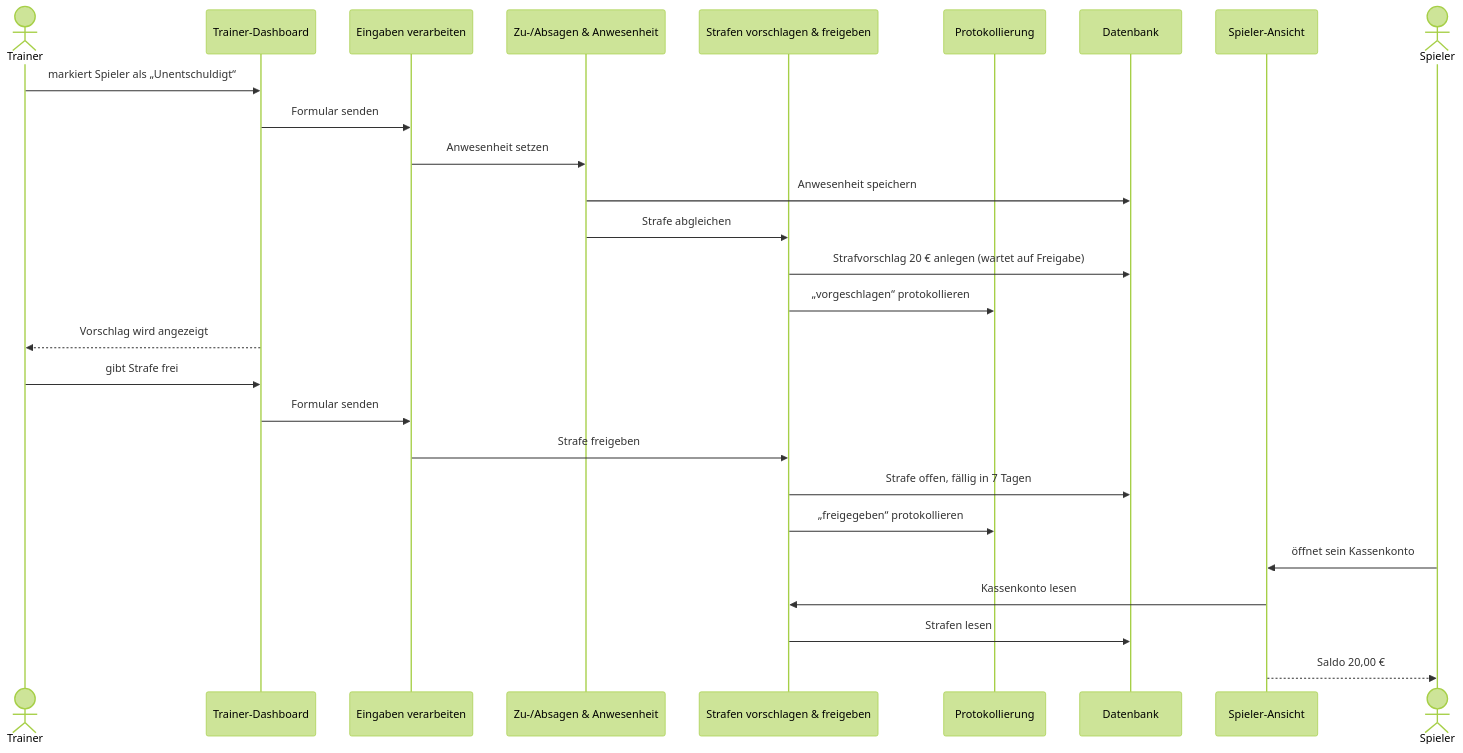
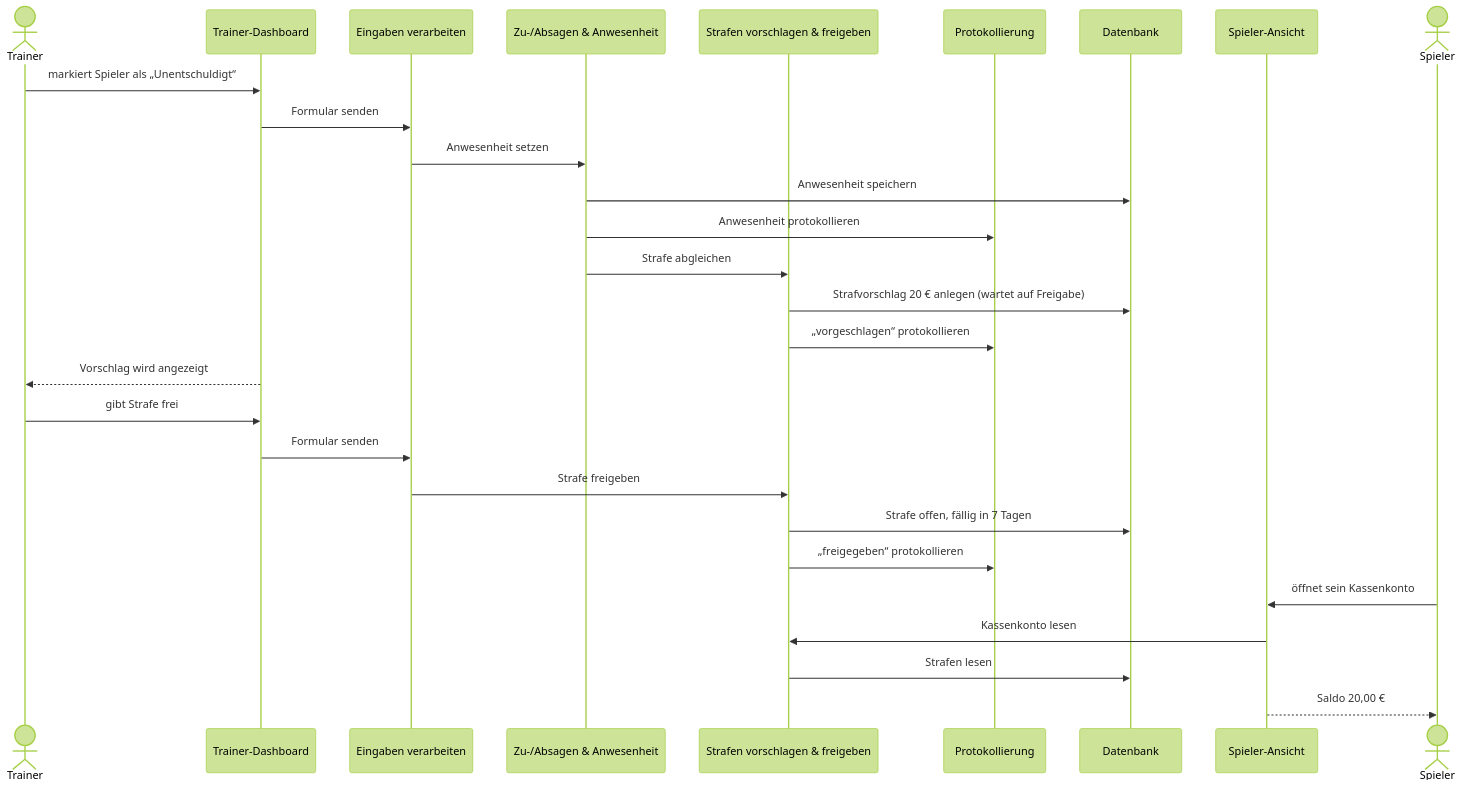
The first of 5 diagrams in docs/architektur/sequenz-pen-02.md (squadhq-team/squadhq-team), drawn with Mermaid (forest theme) before and after one commit. The commit also changed other lines of this file and 9 other files, not shown here.

First line of the commit message:
Diagramme, Namensliste, Traceability und Demo-Ablauf auf P4-Stand

````diff
--- a/docs/architektur/sequenz-pen-02.md
+++ b/docs/architektur/sequenz-pen-02.md
@@ -7,30 +7,31 @@
 ```mermaid
 sequenceDiagram
   actor T as Trainer
   participant TD as Trainer-Dashboard
   participant ACT as Eingaben verarbeiten
   participant ATT as Zu-/Absagen & Anwesenheit
   participant PEN as Strafen vorschlagen & freigeben
   participant AUD as Protokollierung
   participant DB as Datenbank
   participant SP as Spieler-Ansicht
   actor S as Spieler
 
   T->>TD: markiert Spieler als „Unentschuldigt“
   TD->>ACT: Formular senden
   ACT->>ATT: Anwesenheit setzen
   ATT->>DB: Anwesenheit speichern
+  ATT->>AUD: Anwesenheit protokollieren
   ATT->>PEN: Strafe abgleichen
   PEN->>DB: Strafvorschlag 20 € anlegen (wartet auf Freigabe)
   PEN->>AUD: „vorgeschlagen“ protokollieren
   TD-->>T: Vorschlag wird angezeigt
   T->>TD: gibt Strafe frei
   TD->>ACT: Formular senden
   ACT->>PEN: Strafe freigeben
   PEN->>DB: Strafe offen, fällig in 7 Tagen
   PEN->>AUD: „freigegeben“ protokollieren
   S->>SP: öffnet sein Kassenkonto
   SP->>PEN: Kassenkonto lesen
   PEN->>DB: Strafen lesen
   SP-->>S: Saldo 20,00 €
 ```
````
